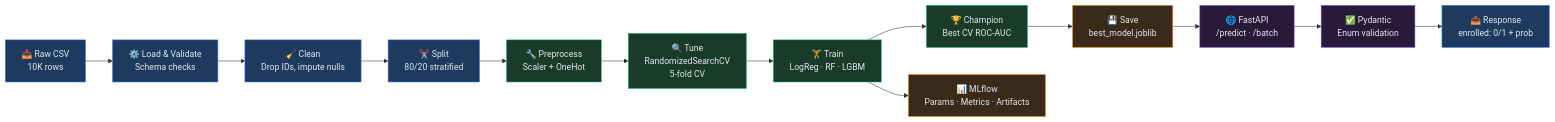
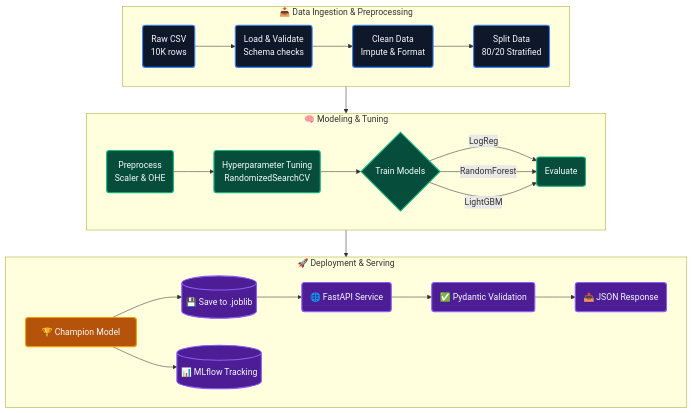
Before and after one commit to PRIYANSHU2026/Predictive-Insurance-Enrollment: the first of 2 diagrams in README.md, drawn with Mermaid. The commit also changed other lines of this file, not shown here.

````diff
--- a/README.md
+++ b/README.md
@@ -98,22 +102,39 @@
 ```mermaid
-flowchart LR
-    A["📥 Raw CSV\n10K rows"] --> B["⚙️ Load & Validate\nSchema checks"] --> C["🧹 Clean\nDrop IDs, impute nulls"] --> D["✂️ Split\n80/20 stratified"]
-    D --> E["🔧 Preprocess\nScaler + OneHot"] --> F["🔍 Tune\nRandomizedSearchCV\n5-fold CV"] --> G["🏋️ Train\nLogReg · RF · LGBM"]
-    G --> H["🏆 Champion\nBest CV ROC-AUC"] --> I["💾 Save\nbest_model.joblib"]
-    G --> J["📊 MLflow\nParams · Metrics · Artifacts"]
-    I --> K["🌐 FastAPI\n/predict · /batch"] --> L["✅ Pydantic\nEnum validation"] --> M["📤 Response\nenrolled: 0/1 + prob"]
+flowchart TD
+    subgraph INGESTION ["📥 Data Ingestion & Preprocessing"]
+        direction LR
+        A("Raw CSV<br>10K rows") --> B("Load & Validate<br>Schema checks")
+        B --> C("Clean Data<br>Impute & Format")
+        C --> D("Split Data<br>80/20 Stratified")
+    end
 
-    style A fill:#1e3a5f,stroke:#3b82f6,color:#e2e8f0
-    style B fill:#1e3a5f,stroke:#3b82f6,color:#e2e8f0
-    style C fill:#1e3a5f,stroke:#3b82f6,color:#e2e8f0
-    style D fill:#1e3a5f,stroke:#3b82f6,color:#e2e8f0
-    style E fill:#1a3a2a,stroke:#10b981,color:#e2e8f0
-    style F fill:#1a3a2a,stroke:#10b981,color:#e2e8f0
-    style G fill:#1a3a2a,stroke:#10b981,color:#e2e8f0
-    style H fill:#1a3a2a,stroke:#10b981,color:#e2e8f0
-    style I fill:#3a2a1a,stroke:#f59e0b,color:#e2e8f0
-    style J fill:#3a2a1a,stroke:#f59e0b,color:#e2e8f0
-    style K fill:#2a1a3a,stroke:#8b5cf6,color:#e2e8f0
-    style L fill:#2a1a3a,stroke:#8b5cf6,color:#e2e8f0
-    style M fill:#1e3a5f,stroke:#3b82f6,color:#e2e8f0
+    subgraph MODELING ["🧠 Modeling & Tuning"]
+        direction LR
+        D --> E("Preprocess<br>Scaler & OHE")
+        E --> F("Hyperparameter Tuning<br>RandomizedSearchCV")
+        F --> G{"Train Models"}
+        G --> |"LogReg"| H("Evaluate")
+        G --> |"RandomForest"| H
+        G --> |"LightGBM"| H
+    end
+
+    subgraph DEPLOYMENT ["🚀 Deployment & Serving"]
+        direction LR
+        H --> I["🏆 Champion Model"]
+        I --> J[("💾 Save to .joblib")]
+        I --> K[("📊 MLflow Tracking")]
+        J --> L("🌐 FastAPI Service")
+        L --> M("✅ Pydantic Validation")
+        M --> N("📤 JSON Response")
+    end
+
+    classDef stage1 fill:#0f172a,stroke:#3b82f6,stroke-width:2px,color:#f8fafc,rx:5,ry:5;
+    classDef stage2 fill:#064e3b,stroke:#10b981,stroke-width:2px,color:#f8fafc,rx:5,ry:5;
+    classDef stage3 fill:#4c1d95,stroke:#8b5cf6,stroke-width:2px,color:#f8fafc,rx:5,ry:5;
+    classDef highlight fill:#b45309,stroke:#f59e0b,stroke-width:2px,color:#f8fafc,rx:5,ry:5;
+
+    class A,B,C,D stage1;
+    class E,F,G,H stage2;
+    class I highlight;
+    class J,K,L,M,N stage3;
 ```
````
